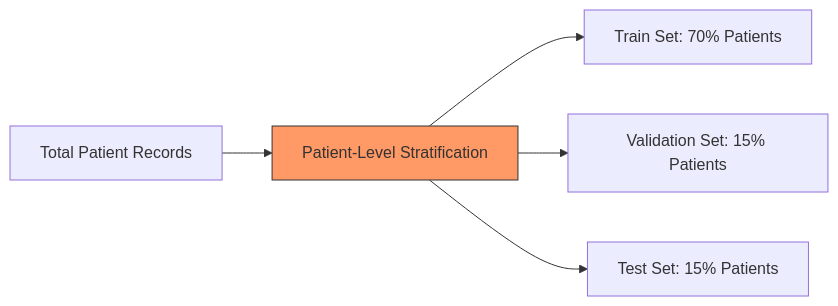
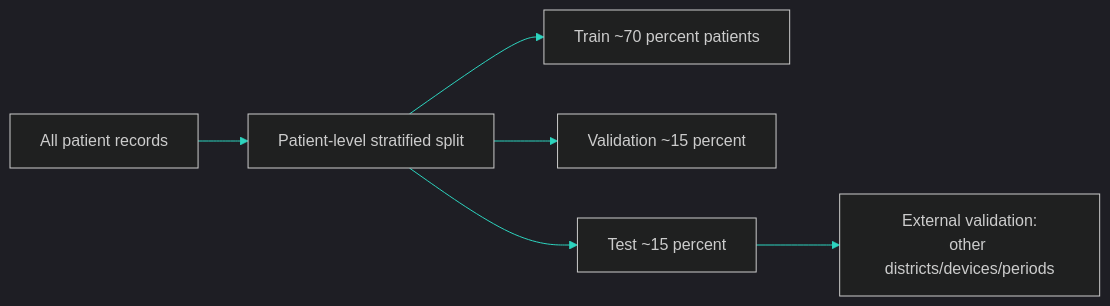
One commit to ghnehaa/SHRUTI changed the fourth of 4 diagrams in software_integration.md. Above: the diagram before and after it, drawn with Mermaid. The commit also changed other lines of this file and 3 other files, not shown here.

````diff
--- a/software_integration.md
+++ b/software_integration.md
@@ -719,8 +904,9 @@
 ```mermaid
+%%{init:{"theme":"dark","themeVariables":{"background":"#0A0E14","primaryColor":"#11161D","primaryTextColor":"#E6EDF3","primaryBorderColor":"#2DD4BF","lineColor":"#2DD4BF"}}}%%
 graph LR
-    Dataset[Total Patient Records] --> Split[Patient-Level Stratification]
-    Split --> Train[Train Set: 70% Patients]
-    Split --> Val[Validation Set: 15% Patients]
-    Split --> Test[Test Set: 15% Patients]
-    style Split fill:#f96,stroke:#333
+    DS[All patient records] --> SP[Patient-level stratified split]
+    SP --> TR[Train ~70 percent patients]
+    SP --> VA[Validation ~15 percent]
+    SP --> TE[Test ~15 percent]
+    TE --> EXT[External validation:<br/>other districts/devices/periods]
 ```
````
